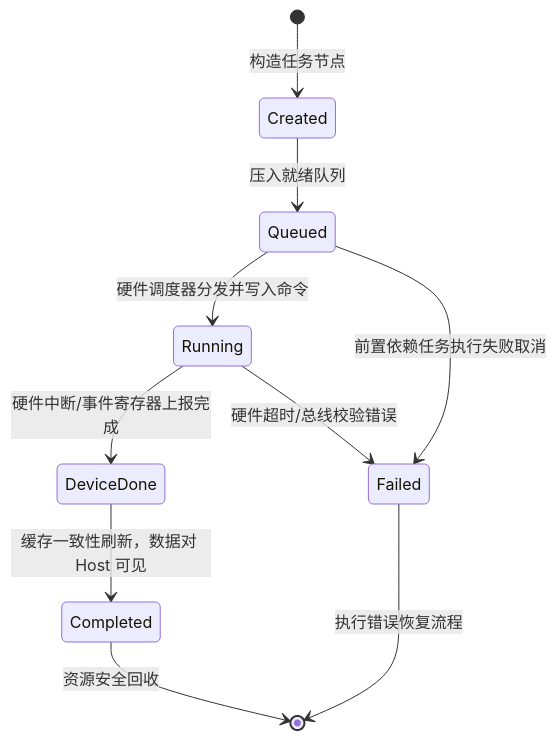
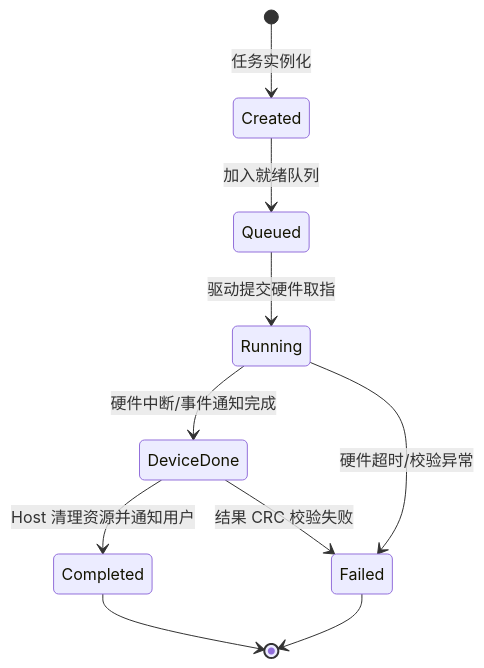
Before and after one commit to hqu-little-boy/blog: the eighth of 13 diagrams in src/content/posts/heterogeneous-computing-and-ai-compiler-design-patterns-guide.md, drawn with Mermaid. The commit also changed other lines of this file, not shown here.

````diff
--- a/src/content/posts/heterogeneous-computing-and-ai-compiler-design-patterns-guide.md
+++ b/src/content/posts/heterogeneous-computing-and-ai-compiler-design-patterns-guide.md
@@ -555,14 +1605,12 @@
 ```mermaid
 stateDiagram-v2
-    [*] --> Created: 构造任务节点
-    Created --> Queued: 压入就绪队列
-    Queued --> Running: 硬件调度器分发并写入命令
-    Running --> DeviceDone: 硬件中断/事件寄存器上报完成
-    DeviceDone --> Completed: 缓存一致性刷新，数据对 Host 可见
-    
-    Running --> Failed: 硬件超时/总线校验错误
-    Queued --> Failed: 前置依赖任务执行失败取消
-    
-    Completed --> [*]: 资源安全回收
-    Failed --> [*]: 执行错误恢复流程
+    [*] --> Created: 任务实例化
+    Created --> Queued: 加入就绪队列
+    Queued --> Running: 驱动提交硬件取指
+    Running --> DeviceDone: 硬件中断/事件通知完成
+    DeviceDone --> Completed: Host 清理资源并通知用户
+    Running --> Failed: 硬件超时/校验异常
+    DeviceDone --> Failed: 结果 CRC 校验失败
+    Completed --> [*]
+    Failed --> [*]
 ```
````
